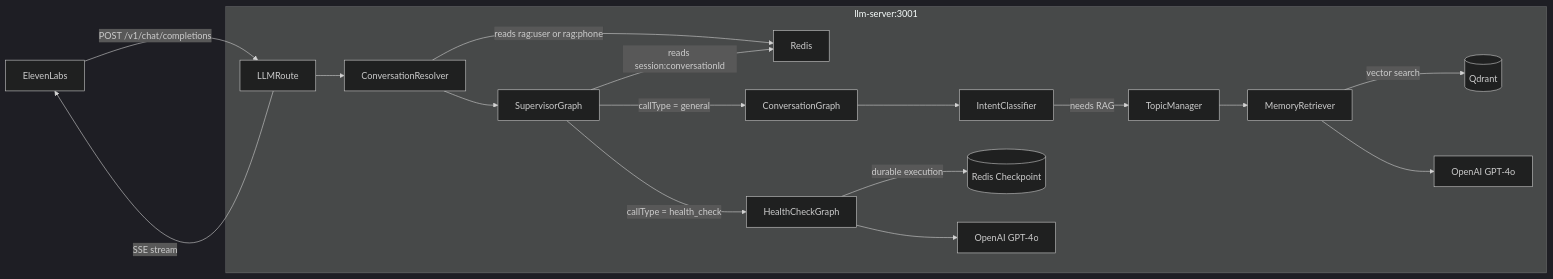
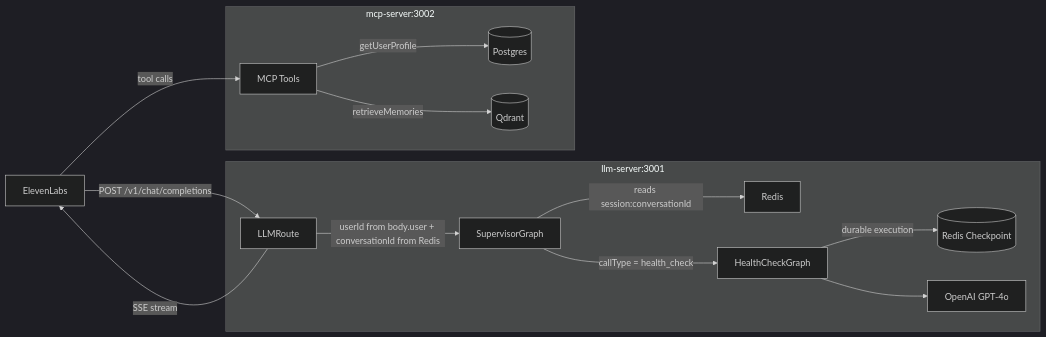
One commit to Kish170/nAIber-proto changed the second of 4 diagrams in docs/arch/overview.md. Above: the diagram before and after it, drawn with Mermaid (dark theme). The commit also changed other lines of this file and 66 other files, not shown here.

First line of the commit message:
feat(MCP server): setup the MCP server for the LLM server - specifically for general persona

````diff
--- a/docs/arch/overview.md
+++ b/docs/arch/overview.md
@@ -94,25 +95,21 @@
 ```mermaid
 flowchart LR
     EL[ElevenLabs] -->|POST /v1/chat/completions| LLMRoute
 
     subgraph llm-server:3001
-        LLMRoute --> ConvResolver[ConversationResolver]
-        ConvResolver -->|reads rag:user or rag:phone| Redis
-        ConvResolver --> SupervisorGraph
-
+        LLMRoute -->|userId from body.user + conversationId from Redis| SupervisorGraph
         SupervisorGraph -->|reads session:conversationId| Redis
-        SupervisorGraph -->|callType = general| ConvGraph[ConversationGraph]
         SupervisorGraph -->|callType = health_check| HealthGraph[HealthCheckGraph]
 
-        ConvGraph --> IntentClassifier
-        IntentClassifier -->|needs RAG| TopicManager
-        TopicManager --> MemoryRetriever
-        MemoryRetriever -->|vector search| Qdrant[(Qdrant)]
-        MemoryRetriever --> LLMCall[OpenAI GPT-4o]
-
         HealthGraph -->|durable execution| Checkpointer[(Redis Checkpoint)]
-        HealthGraph --> LLMCall2[OpenAI GPT-4o]
+        HealthGraph --> LLMCall[OpenAI GPT-4o]
     end
 
+    subgraph mcp-server:3002
+        MCP[MCP Tools] -->|getUserProfile| Postgres[(Postgres)]
+        MCP -->|retrieveMemories| Qdrant[(Qdrant)]
+    end
+
+    EL -->|tool calls| MCP
     LLMRoute -->|SSE stream| EL
 ```
````
